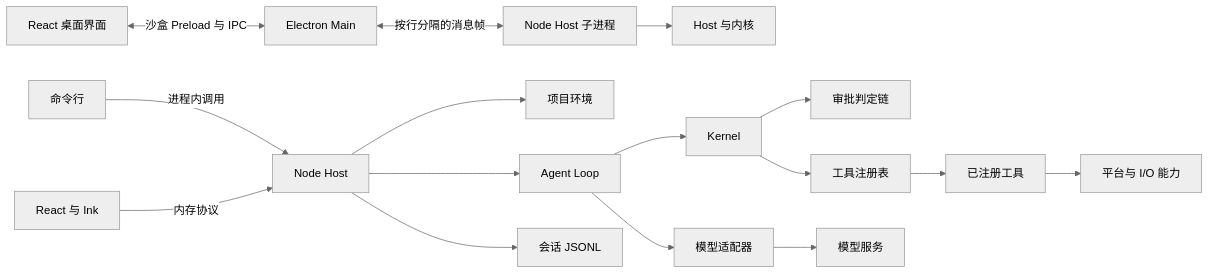
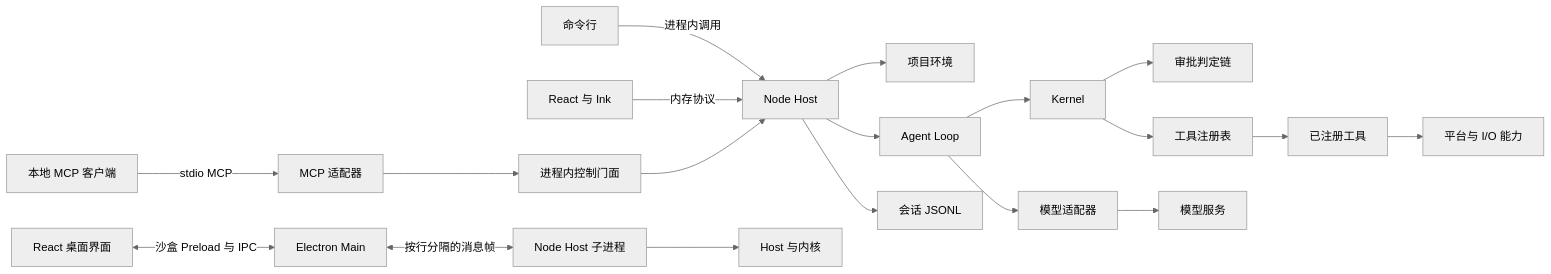
One commit to xswt442-cmd/ligule changed the first of 3 diagrams in docs/development/ARCHITECTURE.zh-cn.md. Above: the diagram before and after it, drawn with Mermaid (neutral theme). The commit also changed other lines of this file and 8 other files, not shown here.

Commit message:
docs: explain local MCP control and shared Host responsibilities

````diff
--- a/docs/development/ARCHITECTURE.zh-cn.md
+++ b/docs/development/ARCHITECTURE.zh-cn.md
@@ -27,18 +27,21 @@
 ```mermaid
 flowchart LR
   CLI[命令行] -->|进程内调用| Host[Node Host]
   TUI[React 与 Ink] -->|内存协议| Host
+  External[本地 MCP 客户端] -->|stdio MCP| MCP[MCP 适配器]
+  MCP --> Control[进程内控制门面]
+  Control --> Host
   Web[React 桌面界面] <-->|沙盒 Preload 与 IPC| Main[Electron Main]
   Main <-->|按行分隔的消息帧| Child[Node Host 子进程]
   Child --> HostLogic[Host 与内核]
   Host --> Project[项目环境]
   Host --> Loop[Agent Loop]
   Host --> Session[会话 JSONL]
   Loop --> Provider[模型适配器]
   Loop --> Kernel[Kernel]
   Kernel --> Policy[审批判定链]
   Kernel --> Registry[工具注册表]
   Registry --> Tool[已注册工具]
   Tool --> Capability[平台与 I/O 能力]
   Provider --> Endpoint[模型服务]
 ```
````
